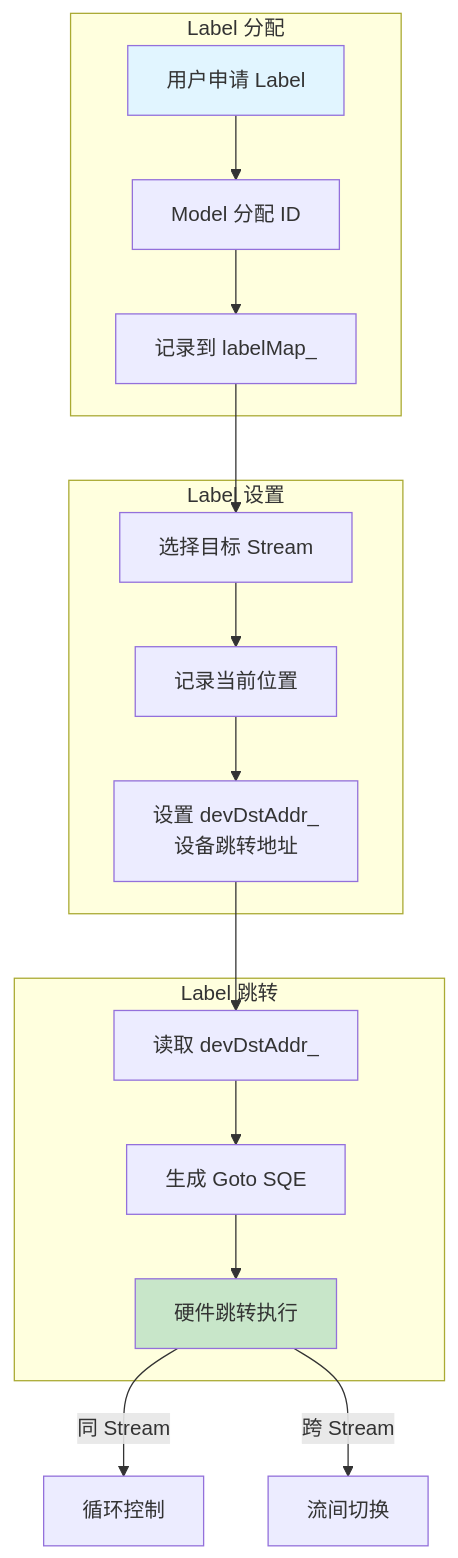
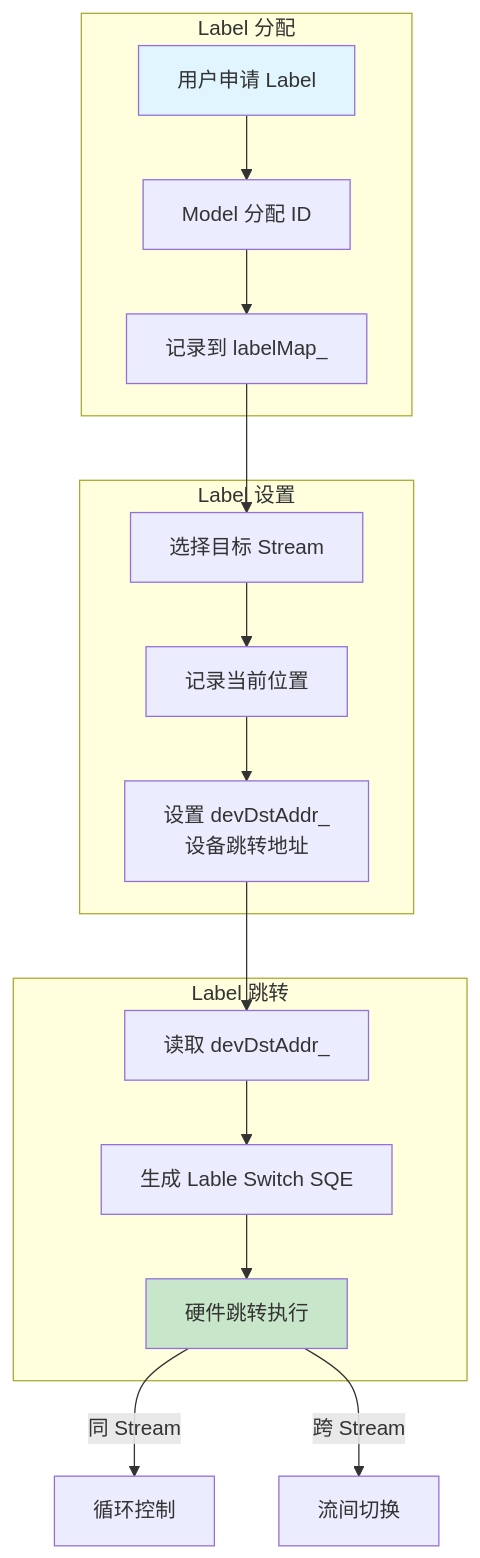
Before and after one commit to 18liumin/runtime: diagram 20 of 21 in docs/design/modules/model/model.md, drawn with Mermaid. The commit also changed other lines of this file, not shown here.

````diff
--- a/docs/design/modules/model/model.md
+++ b/docs/design/modules/model/model.md
@@ -689,31 +1023,31 @@
 ```mermaid
 graph TB
     subgraph LabelAlloc["Label 分配"]
         Request["用户申请 Label"]
         Alloc["Model 分配 ID"]
         Record["记录到 labelMap_"]
     end
     
     subgraph LabelSet["Label 设置"]
         ChooseStream["选择目标 Stream"]
         RecordPos["记录当前位置"]
         DevAddr["设置 devDstAddr_<br/>设备跳转地址"]
     end
     
     subgraph LabelGoto["Label 跳转"]
         GetAddr["读取 devDstAddr_"]
-        GenSQE["生成 Goto SQE"]
+        GenSQE["生成 Lable Switch SQE"]
         HWJump["硬件跳转执行"]
     end
     
     Request --> Alloc --> Record
     Record --> ChooseStream --> RecordPos --> DevAddr
     
     DevAddr --> GetAddr --> GenSQE --> HWJump
     
     HWJump -->|"同 Stream"| Loop["循环控制"]
     HWJump -->|"跨 Stream"| Switch["流间切换"]
     
     style Request fill:#e1f5ff
     style HWJump fill:#c8e6c9
 ```
````
